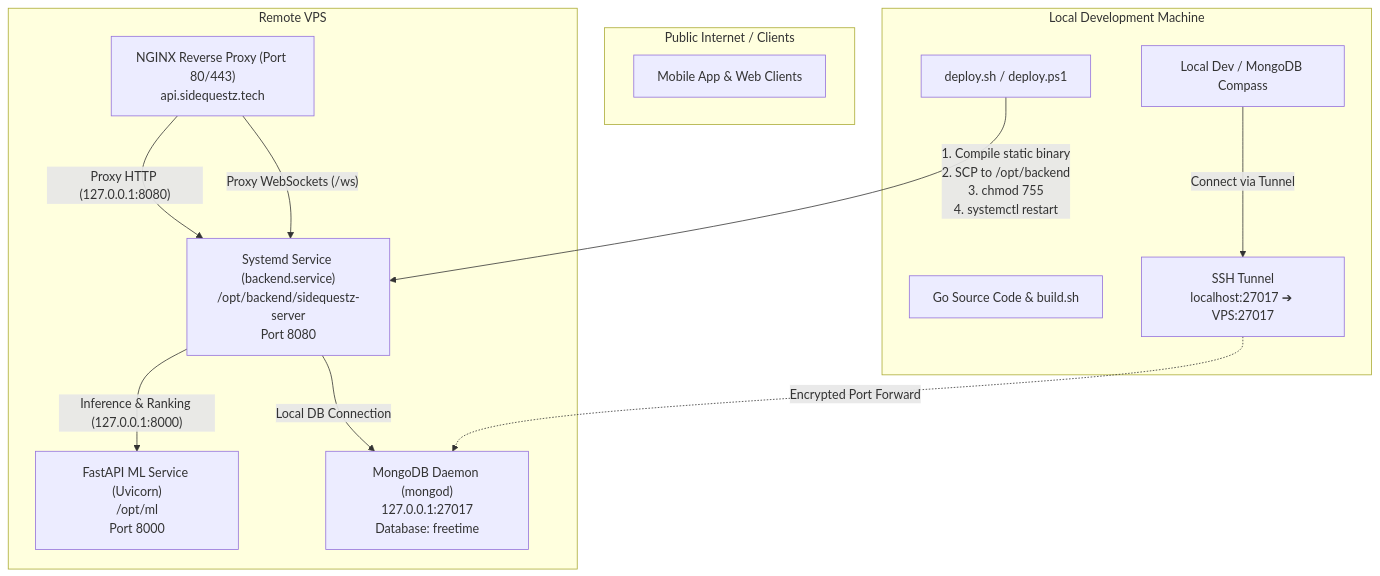
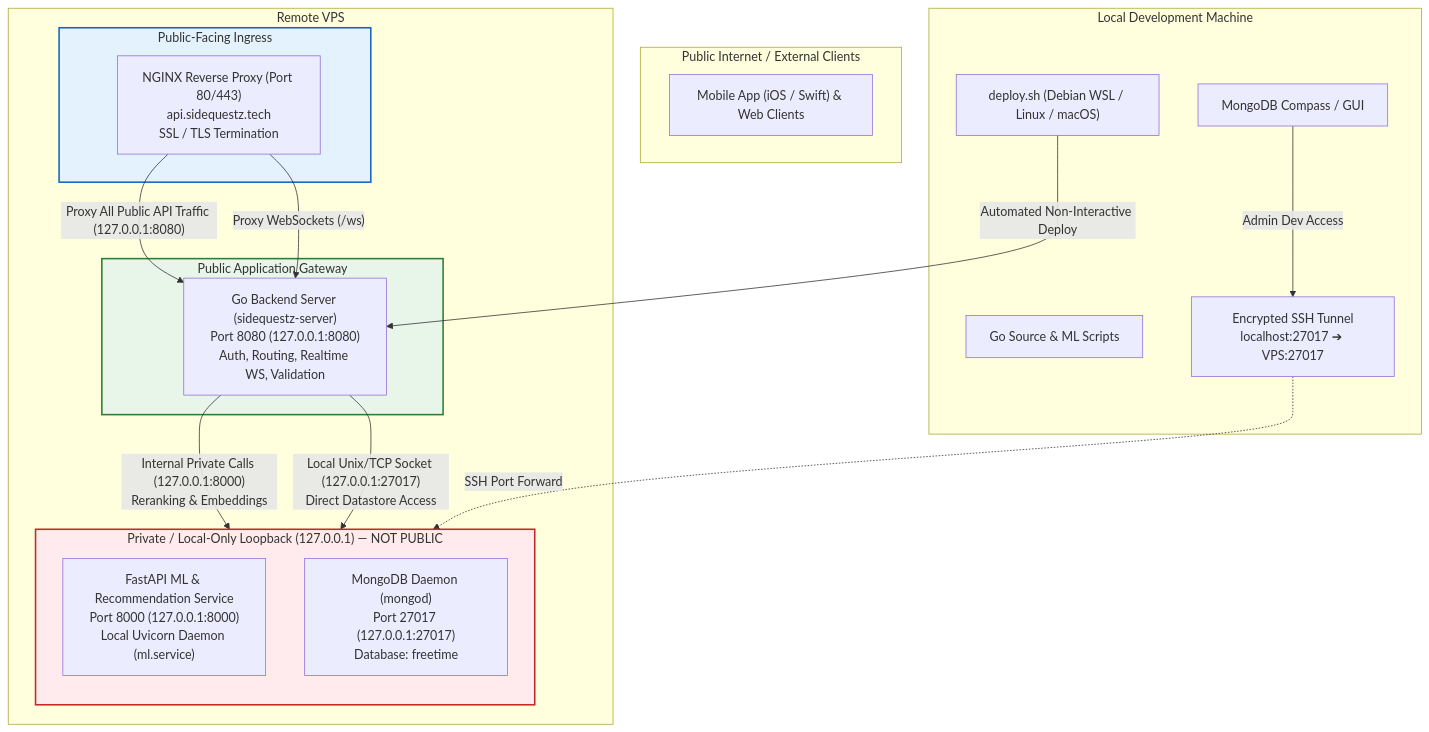
The diagram in Backend/INFRASTRUCTURE.md (karthiksing05/HackGT-13-Proj), drawn with Mermaid before and after one commit. The commit also changed other lines of this file, not shown here.

````diff
--- a/Backend/INFRASTRUCTURE.md
+++ b/Backend/INFRASTRUCTURE.md
@@ -9,29 +11,43 @@
 ```mermaid
 flowchart TD
-    subgraph Internet ["Public Internet / Clients"]
-        ClientApp["Mobile App & Web Clients"]
+    subgraph Internet ["Public Internet / External Clients"]
+        ClientApp["Mobile App (iOS / Swift) & Web Clients"]
     end
 
     subgraph VPS ["Remote VPS"]
-        Nginx["NGINX Reverse Proxy (Port 80/443)<br/>api.sidequestz.tech"]
-        Service["Systemd Service (backend.service)<br/>/opt/backend/sidequestz-server<br/>Port 8080"]
-        MLService["FastAPI ML Service (Uvicorn)<br/>/opt/ml<br/>Port 8000"]
-        Mongo["MongoDB Daemon (mongod)<br/>127.0.0.1:27017<br/>Database: freetime"]
-        
-        Nginx -->|"Proxy HTTP (127.0.0.1:8080)"| Service
-        Nginx -->|"Proxy WebSockets (/ws)"| Service
-        Service -->|"Local DB Connection"| Mongo
-        Service -->|"Inference & Ranking (127.0.0.1:8000)"| MLService
+        subgraph PublicDMZ ["Public-Facing Ingress"]
+            Nginx["NGINX Reverse Proxy (Port 80/443)<br/>api.sidequestz.tech<br/>SSL / TLS Termination"]
+        end
+
+        subgraph PublicGateway ["Public Application Gateway"]
+            GoBackend["Go Backend Server (sidequestz-server)<br/>Port 8080 (127.0.0.1:8080)<br/>Auth, Routing, Realtime WS, Validation"]
+        end
+
+        subgraph PrivateInternal ["Private / Local-Only Loopback (127.0.0.1) — NOT PUBLIC"]
+            direction TB
+            MLService["FastAPI ML & Recommendation Service<br/>Port 8000 (127.0.0.1:8000)<br/>Local Uvicorn Daemon (ml.service)"]
+            Mongo["MongoDB Daemon (mongod)<br/>Port 27017 (127.0.0.1:27017)<br/>Database: freetime"]
+        end
+
+        Nginx -->|"Proxy All Public API Traffic (127.0.0.1:8080)"| GoBackend
+        Nginx -->|"Proxy WebSockets (/ws)"| GoBackend
+        GoBackend -->|"Internal Private Calls (127.0.0.1:8000)<br/>Reranking & Embeddings"| MLService
+        GoBackend -->|"Local Unix/TCP Socket (127.0.0.1:27017)<br/>Direct Datastore Access"| Mongo
     end
 
     subgraph LocalDev ["Local Development Machine"]
-        LocalSrc["Go Source Code & build.sh"]
-        DeployScript["deploy.sh / deploy.ps1"]
-        SSHTunnel["SSH Tunnel<br/>localhost:27017 ➔ VPS:27017"]
-        Compass["Local Dev / MongoDB Compass"]
-        
-        DeployScript -->|"1. Compile static binary<br/>2. SCP to /opt/backend<br/>3. chmod 755<br/>4. systemctl restart"| Service
-        Compass -->|"Connect via Tunnel"| SSHTunnel
-        SSHTunnel -.->|"Encrypted Port Forward"| Mongo
+        LocalSrc["Go Source & ML Scripts"]
+        DeployScript["deploy.sh (Debian WSL / Linux / macOS)"]
+        SSHTunnel["Encrypted SSH Tunnel<br/>localhost:27017 ➔ VPS:27017"]
+        Compass["MongoDB Compass / GUI"]
+
+        DeployScript -->|"Automated Non-Interactive Deploy"| GoBackend
+        Compass -->|"Admin Dev Access"| SSHTunnel
+        SSHTunnel -.->|"SSH Port Forward"| Mongo
     end
+
+    %% Security Boundaries
+    style PrivateInternal fill:#ffebee,stroke:#c62828,stroke-width:2px;
+    style PublicGateway fill:#e8f5e9,stroke:#2e7d32,stroke-width:2px;
+    style PublicDMZ fill:#e3f2fd,stroke:#1565c0,stroke-width:2px;
 ```
````
